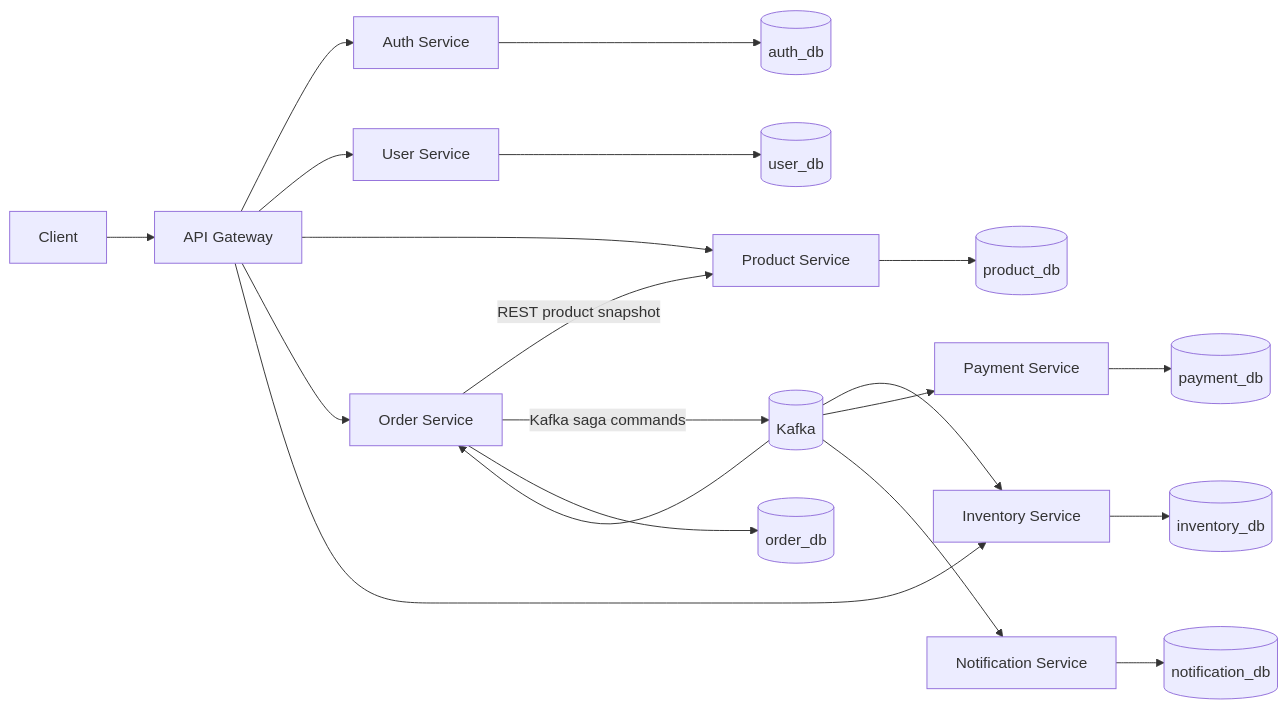
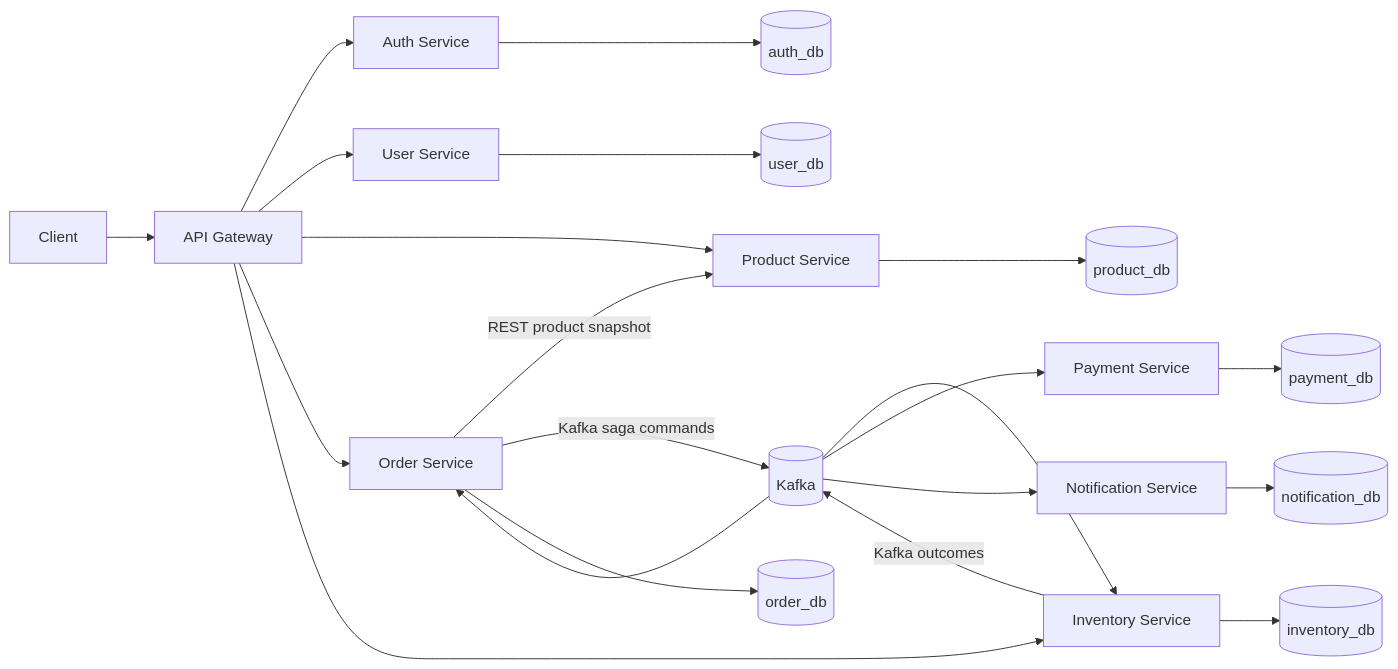
The diagram in README.md (tranverse/ecommerce-microservices), drawn with Mermaid before and after one commit. The commit also changed other lines of this file and 43 other files, not shown here.

````diff
--- a/README.md
+++ b/README.md
@@ -29,24 +29,25 @@
 ```mermaid
 flowchart LR
     Client[Client] --> Gateway[API Gateway]
     Gateway --> Auth[Auth Service]
     Gateway --> User[User Service]
     Gateway --> Product[Product Service]
     Gateway --> Order[Order Service]
     Gateway --> Inventory[Inventory Admin API]
 
     Order -->|REST product snapshot| Product
     Order -->|Kafka saga commands| Kafka[(Kafka)]
     Kafka --> Inventory[Inventory Service]
+    Inventory -->|Kafka outcomes| Kafka
     Kafka --> Payment[Payment Service]
     Kafka --> Order
     Kafka --> Notification[Notification Service]
 
     Auth --> AuthDB[(auth_db)]
     User --> UserDB[(user_db)]
     Product --> ProductDB[(product_db)]
     Inventory --> InventoryDB[(inventory_db)]
     Order --> OrderDB[(order_db)]
     Payment --> PaymentDB[(payment_db)]
     Notification --> NotificationDB[(notification_db)]
 ```
````
